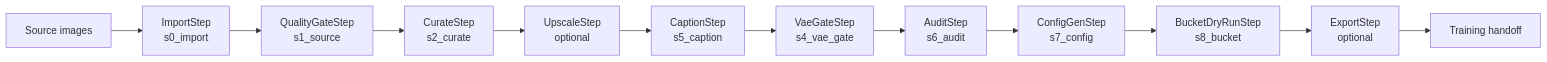
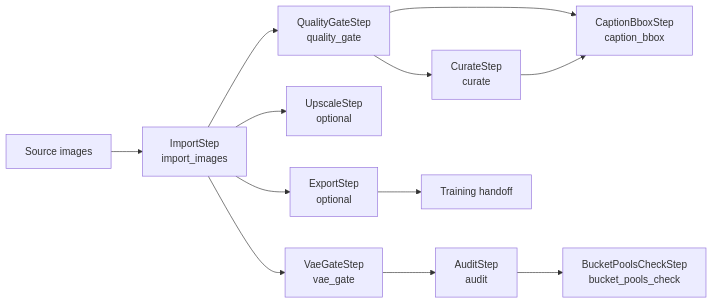
One commit to inflamously/PrepareLoraKit changed the second of 2 diagrams in docs/project-graph.md. Above: the diagram before and after it, drawn with Mermaid. The commit also changed other lines of this file and 203 other files, not shown here.

````diff
--- a/docs/project-graph.md
+++ b/docs/project-graph.md
@@ -116,17 +110,22 @@
 ```mermaid
 flowchart LR
   source[Source images]
-  s0[ImportStep<br/>s0_import]
-  s1[QualityGateStep<br/>s1_source]
-  s2[CurateStep<br/>s2_curate]
-  s3[UpscaleStep<br/>optional]
-  s5[CaptionStep<br/>s5_caption]
-  s4[VaeGateStep<br/>s4_vae_gate]
-  s6[AuditStep<br/>s6_audit]
-  s7[ConfigGenStep<br/>s7_config]
-  s8[BucketDryRunStep<br/>s8_bucket]
-  s9[ExportStep<br/>optional]
+  import[ImportStep<br/>import_images]
+  quality[QualityGateStep<br/>quality_gate]
+  curate[CurateStep<br/>curate]
+  upscale[UpscaleStep<br/>optional]
+  caption[CaptionBboxStep<br/>caption_bbox]
+  vae[VaeGateStep<br/>vae_gate]
+  audit[AuditStep<br/>audit]
+  bucket[BucketPoolsCheckStep<br/>bucket_pools_check]
+  export[ExportStep<br/>optional]
   train[Training handoff]
 
-  source --> s0 --> s1 --> s2 --> s3 --> s5 --> s4 --> s6 --> s7 --> s8 --> s9 --> train
+  source --> import
+  import --> quality --> curate
+  import --> upscale
+  quality --> caption
+  curate --> caption
+  import --> vae --> audit --> bucket
+  import --> export --> train
 ```
````
